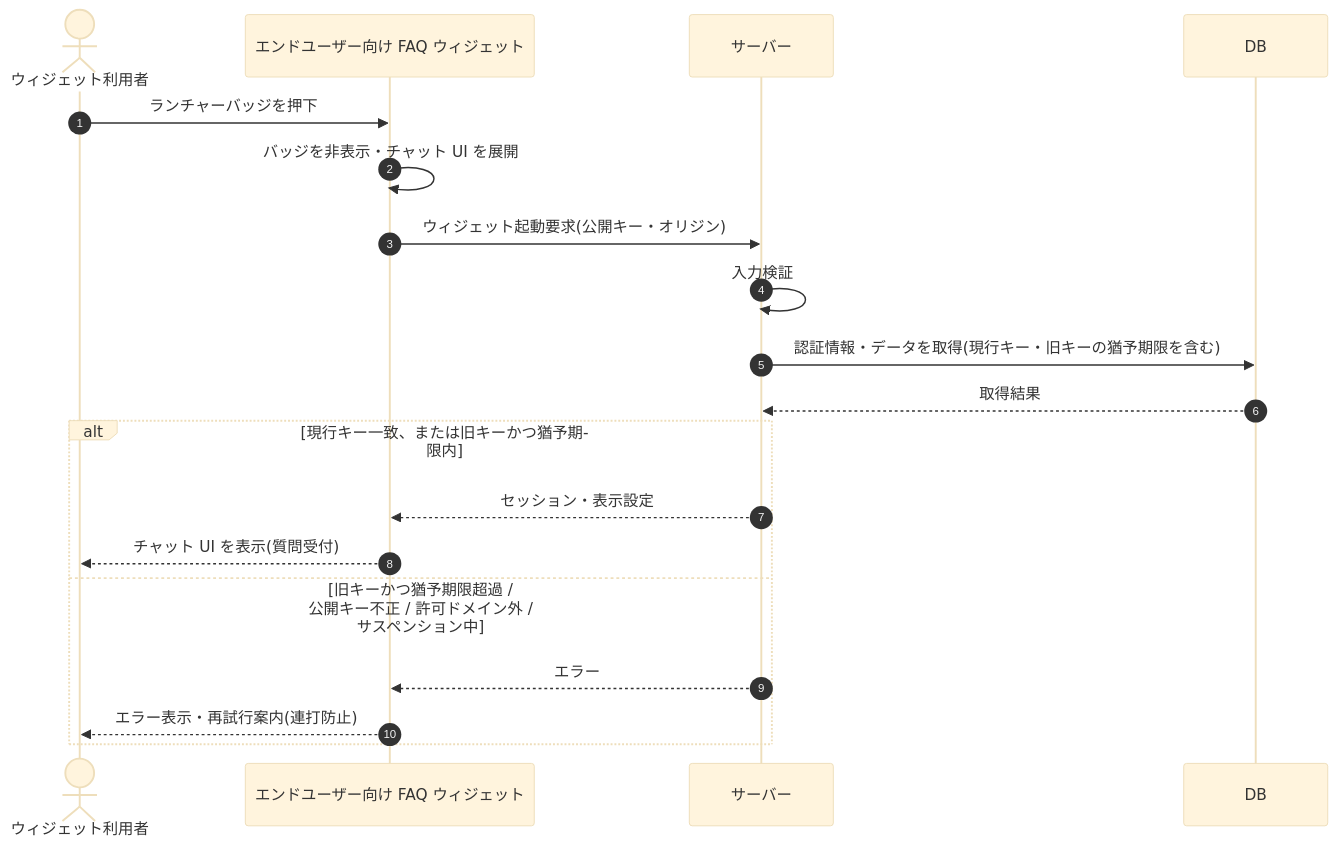
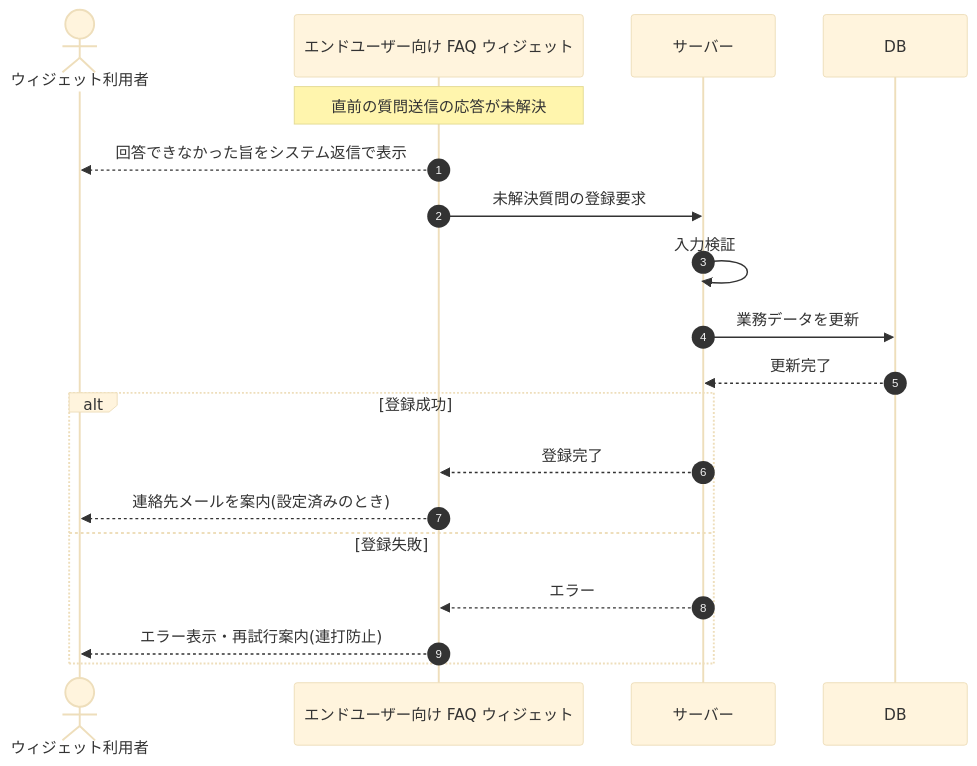
The diagram in 02_basic_design/03_sequences/SEQ-087.md (sikakou54/open-faq), drawn with Mermaid (base theme) before and after one commit. The commit also changed other lines of this file and 395 other files, not shown here.

````diff
--- a/02_basic_design/03_sequences/SEQ-087.md
+++ b/02_basic_design/03_sequences/SEQ-087.md
@@ -25,21 +25,21 @@
 ```mermaid
 sequenceDiagram
   autonumber
   actor U as ウィジェット利用者
   participant Screen as エンドユーザー向け FAQ ウィジェット
   participant Server as サーバー
   participant DB as DB
-  U->>Screen: ランチャーバッジを押下
-  Screen->>Screen: バッジを非表示・チャット UI を展開
-  Screen->>Server: ウィジェット起動要求(公開キー・オリジン)
+  Note over Screen: 直前の質問送信の応答が未解決
+  Screen-->>U: 回答できなかった旨をシステム返信で表示
+  Screen->>Server: 未解決質問の登録要求
   Server->>Server: 入力検証
-  Server->>DB: 認証情報・データを取得(現行キー・旧キーの猶予期限を含む)
-  DB-->>Server: 取得結果
-  alt 現行キー一致、または旧キーかつ猶予期限内
-    Server-->>Screen: セッション・表示設定
-    Screen-->>U: チャット UI を表示(質問受付)
-  else 旧キーかつ猶予期限超過 / 公開キー不正 / 許可ドメイン外 / サスペンション中
+  Server->>DB: 業務データを更新
+  DB-->>Server: 更新完了
+  alt 登録成功
+    Server-->>Screen: 登録完了
+    Screen-->>U: 連絡先メールを案内(設定済みのとき)
+  else 登録失敗
     Server-->>Screen: エラー
     Screen-->>U: エラー表示・再試行案内(連打防止)
   end
 ```
````
